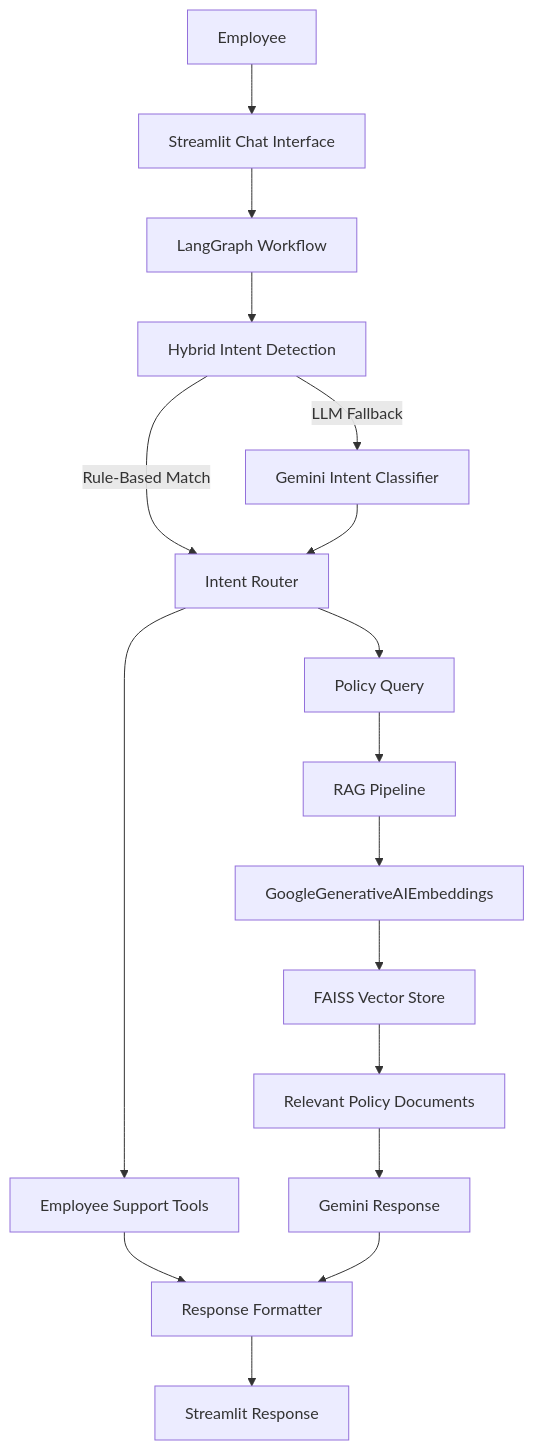
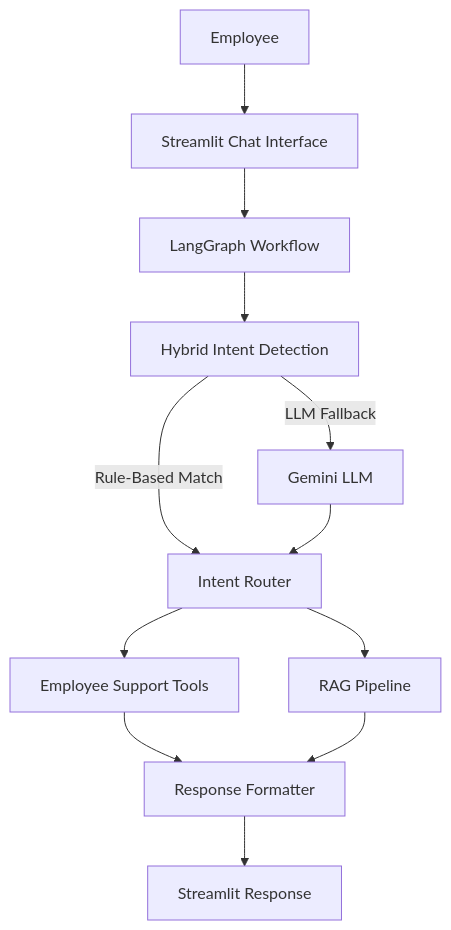
Before and after one commit to bhanusri-123/Employee-support-ai: the diagram in README.md, drawn with Mermaid. The commit also changed other lines of this file, not shown here.

Commit message:
Updated system architecture

````diff
--- a/README.md
+++ b/README.md
@@ -28,29 +28,22 @@
 ```mermaid
 flowchart TD
 
-A[Employee] --> B[Streamlit Chat Interface]
+    A[Employee] --> B[Streamlit Chat Interface]
 
-B --> C[LangGraph Workflow]
+    B --> C[LangGraph Workflow]
 
-C --> D[Hybrid Intent Detection]
+    C --> D[Hybrid Intent Detection]
 
-D -->|Rule-Based Match| E[Intent Router]
-D -->|LLM Fallback| F[Gemini Intent Classifier]
+    D -->|Rule-Based Match| E[Intent Router]
+    D -->|LLM Fallback| F[Gemini LLM]
 
-F --> E
+    F --> E
 
-E --> G[Employee Support Tools]
-E --> H[Policy Query]
+    E --> G[Employee Support Tools]
+    E --> H[RAG Pipeline]
 
-H --> I[RAG Pipeline]
+    G --> I[Response Formatter]
+    H --> I
 
-I --> J[GoogleGenerativeAIEmbeddings]
-J --> K[FAISS Vector Store]
-K --> L[Relevant Policy Documents]
-L --> M[Gemini Response]
-
-G --> N[Response Formatter]
-M --> N
-
-N --> O[Streamlit Response]
+    I --> J[Streamlit Response]
 ```
````
